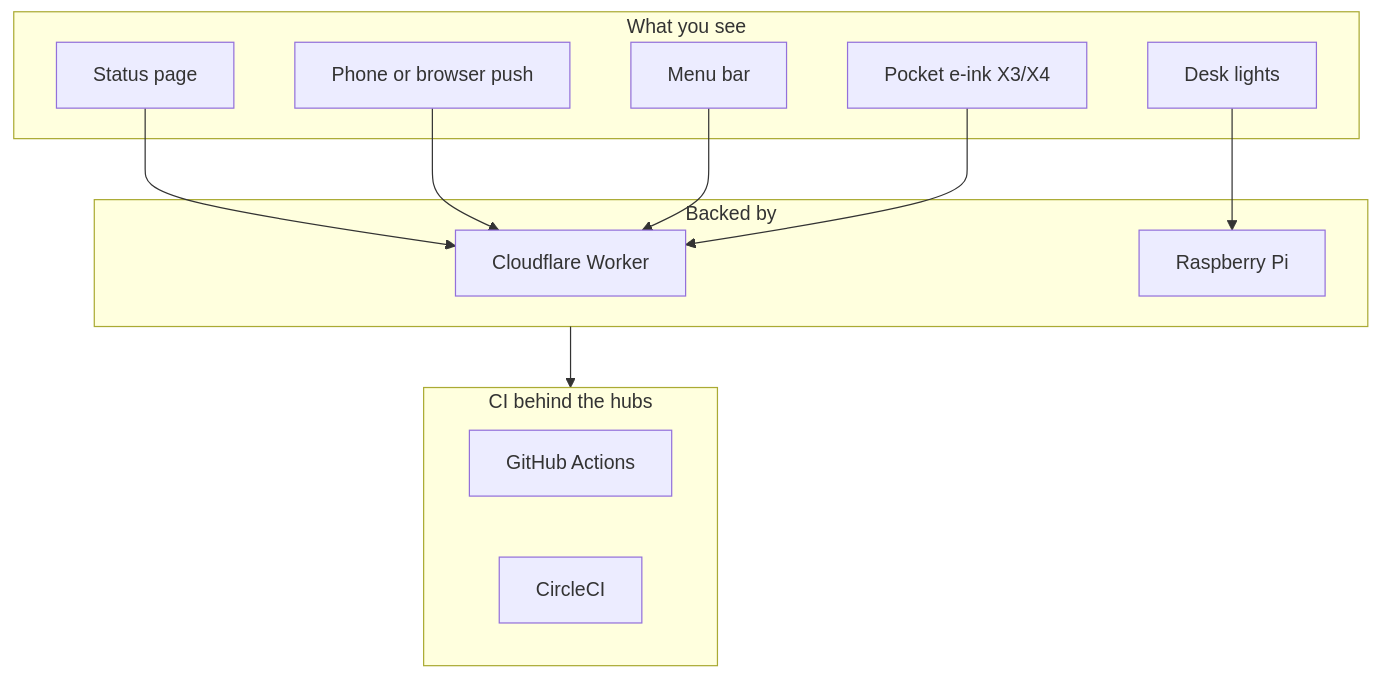
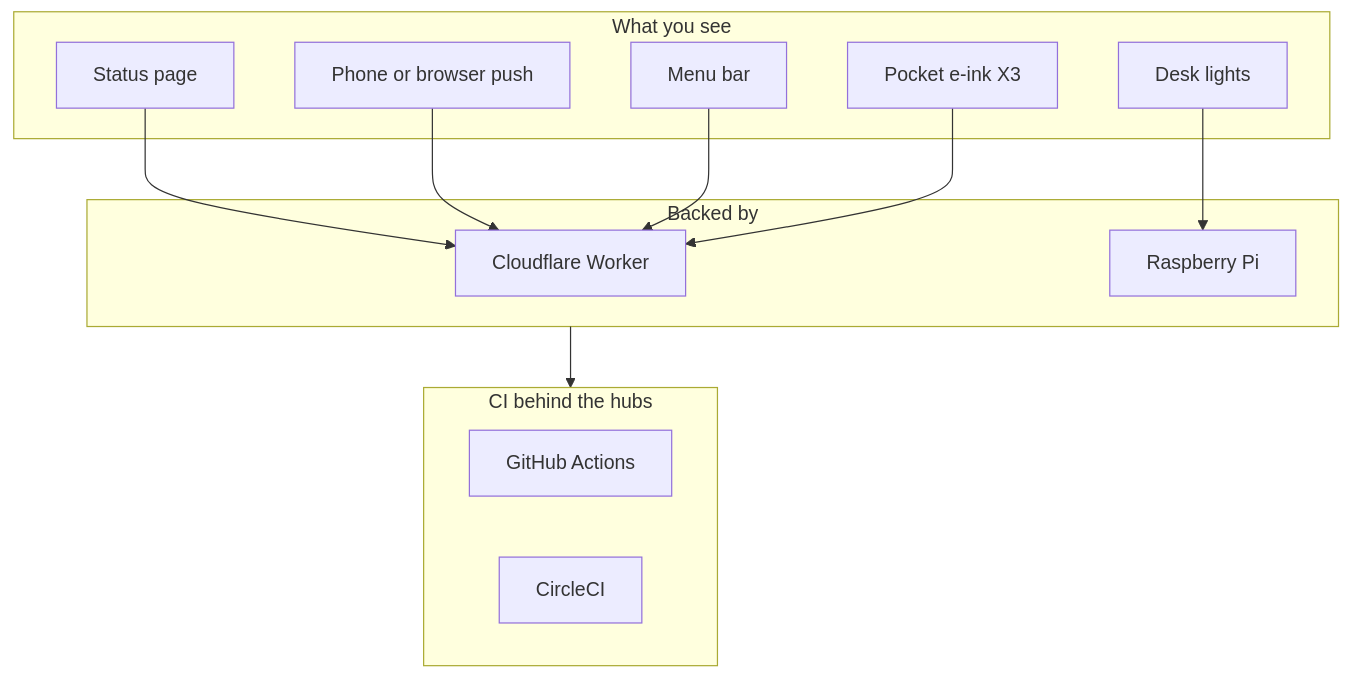
One commit to mzworthington/gpio-build-monitor changed the first of 3 diagrams in README.md. Above: the diagram before and after it, drawn with Mermaid. The commit also changed other lines of this file and 45 other files, not shown here.

````diff
--- a/README.md
+++ b/README.md
@@ -26,27 +26,27 @@
 ```mermaid
 flowchart TB
   subgraph see [What you see]
     WebUI[Status page]
     Push[Phone or browser push]
     Mac[Menu bar]
-    X4[Pocket e-ink X3/X4]
+    X3[Pocket e-ink X3]
     LEDs[Desk lights]
   end
 
   subgraph hubs [Backed by]
     Worker[Cloudflare Worker]
     Pi[Raspberry Pi]
   end
 
   subgraph ci [CI behind the hubs]
     GH[GitHub Actions]
     CCI[CircleCI]
   end
 
   WebUI --> Worker
   Push --> Worker
   Mac --> Worker
-  X4 --> Worker
+  X3 --> Worker
   LEDs --> Pi
   hubs --> ci
 ```
````
